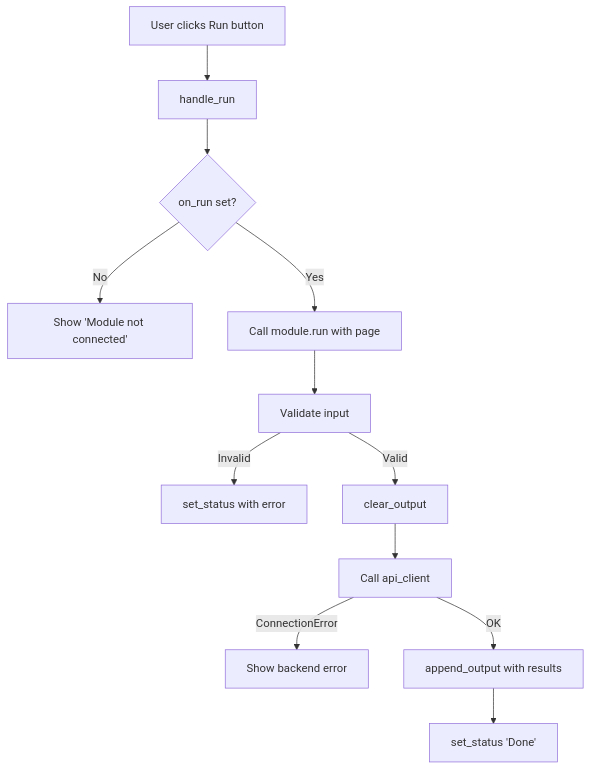
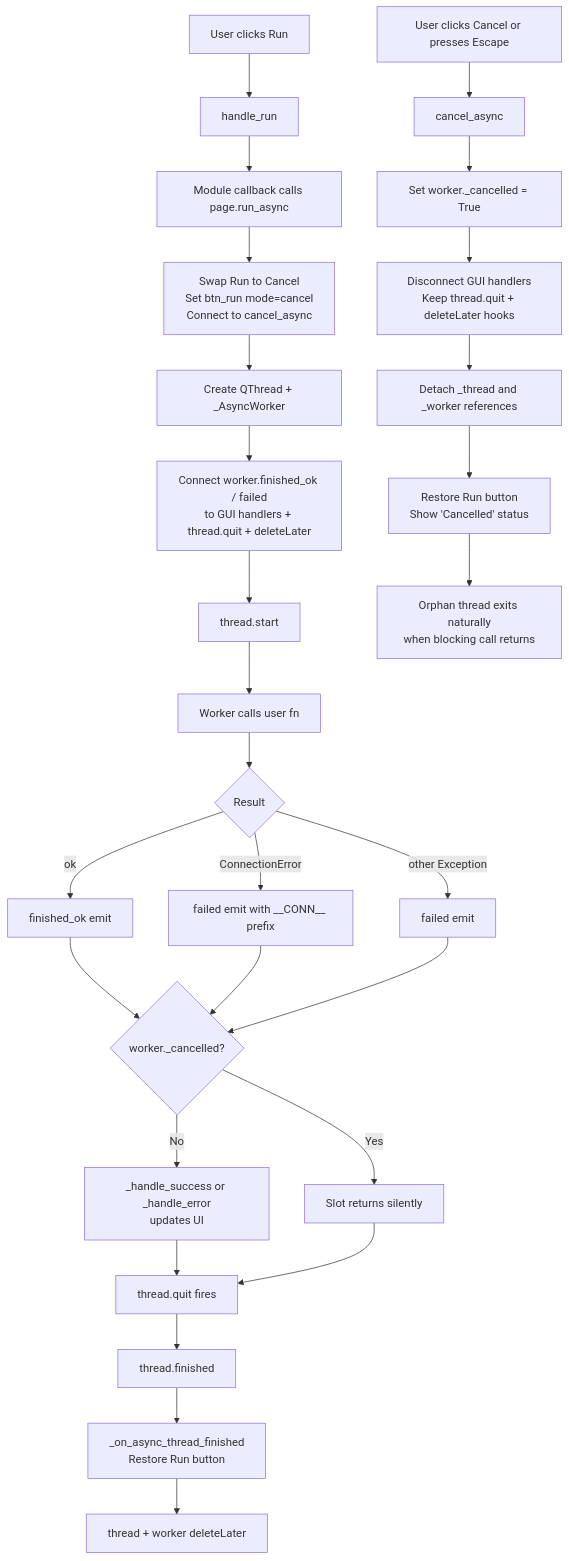
Before and after one commit to Mr-Robotiko/Gilfi: the third of 5 diagrams in src/frontend/README.md, drawn with Mermaid. The commit also changed other lines of this file and 69 other files, not shown here.

````diff
--- a/src/frontend/README.md
+++ b/src/frontend/README.md
@@ -290,14 +425,32 @@
 ```mermaid
 flowchart TD
-    A[User clicks Run button] --> B[handle_run]
-    B --> C{on_run set?}
-    C -- No --> D[Show 'Module not connected']
-    C -- Yes --> E[Call module.run with page]
-    E --> F[Validate input]
-    F -- Invalid --> G[set_status with error]
-    F -- Valid --> H[clear_output]
-    H --> I[Call api_client]
-    I -- ConnectionError --> J[Show backend error]
-    I -- OK --> K[append_output with results]
-    K --> L[set_status 'Done']
+    A[User clicks Run] --> B[handle_run]
+    B --> C[Module callback calls page.run_async]
+    C --> D[Swap Run to Cancel<br/>Set btn_run mode=cancel<br/>Connect to cancel_async]
+    D --> E[Create QThread + _AsyncWorker]
+    E --> F[Connect worker.finished_ok / failed<br/>to GUI handlers + thread.quit + deleteLater]
+    F --> G[thread.start]
+    G --> H[Worker calls user fn]
+    H --> I{Result}
+    I -- ok --> J[finished_ok emit]
+    I -- ConnectionError --> K[failed emit with __CONN__ prefix]
+    I -- other Exception --> L[failed emit]
+    J --> M{worker._cancelled?}
+    K --> M
+    L --> M
+    M -- No --> N[_handle_success or _handle_error<br/>updates UI]
+    M -- Yes --> O[Slot returns silently]
+    N --> P[thread.quit fires]
+    O --> P
+    P --> Q[thread.finished]
+    Q --> R[_on_async_thread_finished<br/>Restore Run button]
+    R --> S[thread + worker deleteLater]
+
+    %% Cancel path
+    U[User clicks Cancel or presses Escape] --> V[cancel_async]
+    V --> W[Set worker._cancelled = True]
+    W --> X[Disconnect GUI handlers<br/>Keep thread.quit + deleteLater hooks]
+    X --> Y[Detach _thread and _worker references]
+    Y --> Z[Restore Run button<br/>Show 'Cancelled' status]
+    Z --> AA[Orphan thread exits naturally<br/>when blocking call returns]
 ```
````
